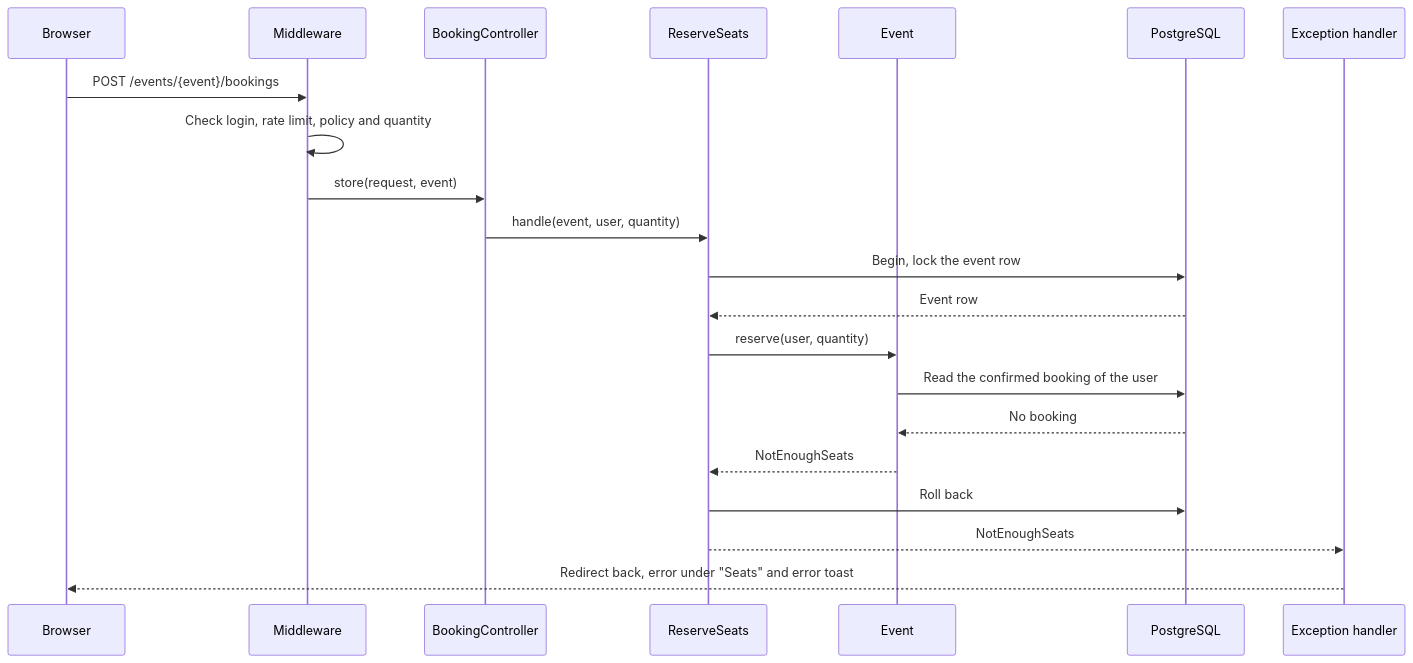
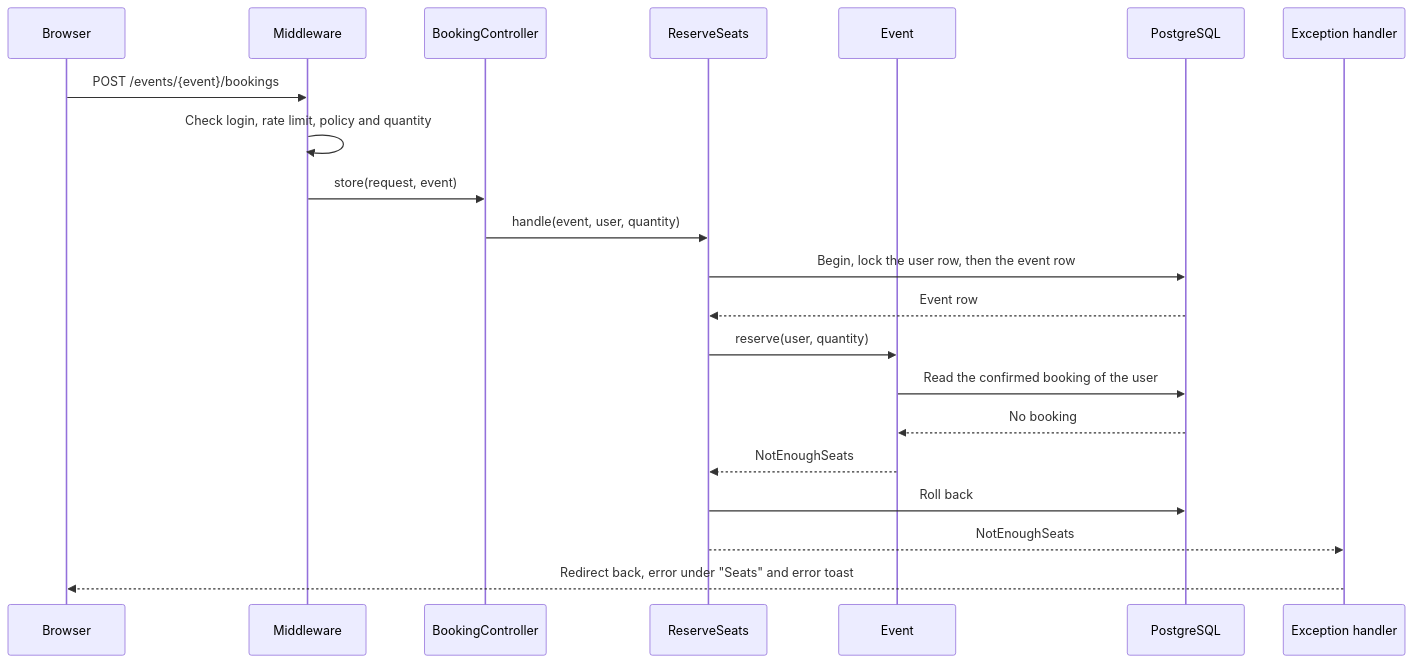
One commit to Leonelmarianog/event-booking-system changed the fourth of 4 diagrams in app/Actions/ReserveSeats/README.md. Above: the diagram before and after it, drawn with Mermaid. The commit also changed other lines of this file and 5 other files, not shown here.

Commit message:
docs: document DeleteAccount and the user lock, update handoff

````diff
--- a/app/Actions/ReserveSeats/README.md
+++ b/app/Actions/ReserveSeats/README.md
@@ -137,24 +140,24 @@
 ```mermaid
 sequenceDiagram
     participant Browser
     participant Middleware
     participant Controller as BookingController
     participant Action as ReserveSeats
     participant Event
     participant DB as PostgreSQL
     participant Handler as Exception handler
 
     Browser->>Middleware: POST /events/{event}/bookings
     Middleware->>Middleware: Check login, rate limit, policy and quantity
     Middleware->>Controller: store(request, event)
     Controller->>Action: handle(event, user, quantity)
-    Action->>DB: Begin, lock the event row
+    Action->>DB: Begin, lock the user row, then the event row
     DB-->>Action: Event row
     Action->>Event: reserve(user, quantity)
     Event->>DB: Read the confirmed booking of the user
     DB-->>Event: No booking
     Event-->>Action: NotEnoughSeats
     Action->>DB: Roll back
     Action-->>Handler: NotEnoughSeats
     Handler-->>Browser: Redirect back, error under "Seats" and error toast
 ```
````
